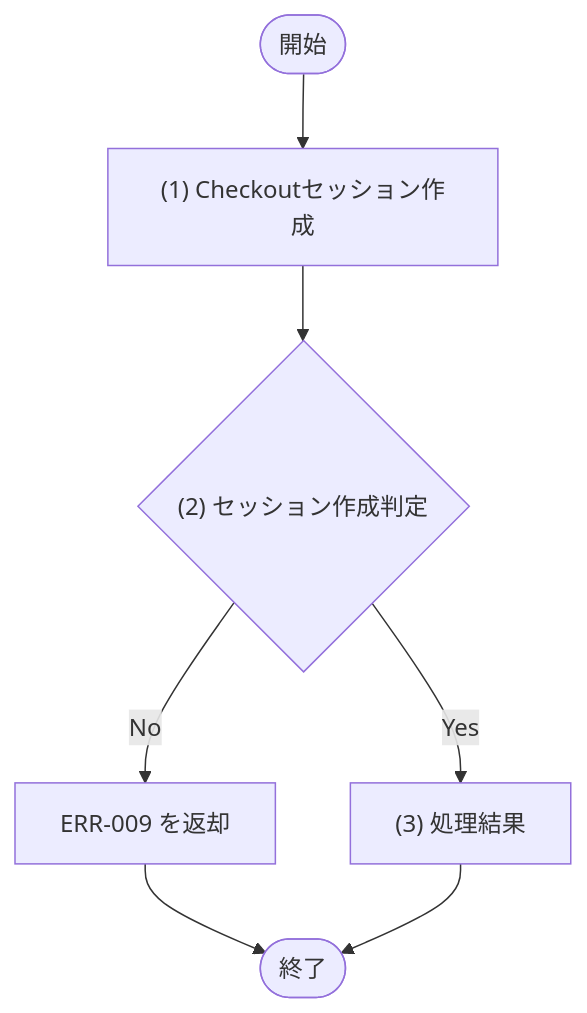
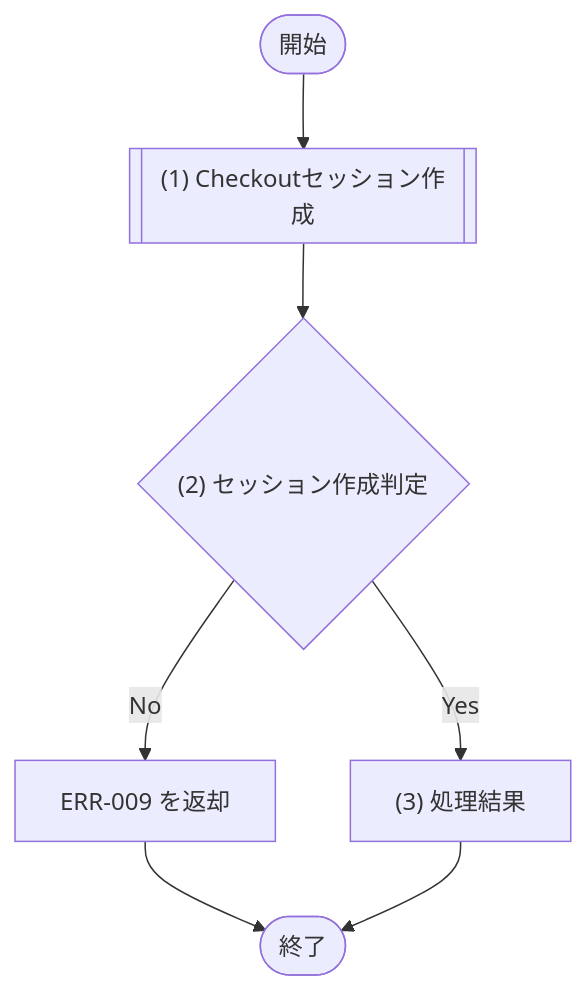
The diagram in docs/03_機能設計/03_API設計/API-010_支払い方法登録セッション作成.md (sikakou54/system-document-template), drawn with Mermaid before and after one commit. The commit also changed 28 other files, not shown here.

````diff
--- a/docs/03_機能設計/03_API設計/API-010_支払い方法登録セッション作成.md
+++ b/docs/03_機能設計/03_API設計/API-010_支払い方法登録セッション作成.md
@@ -37,13 +37,13 @@
 ```mermaid
 flowchart TD
   Start([開始])
-  P1["(1) Checkoutセッション作成"]
+  P1[["(1) Checkoutセッション作成"]]
   D1{"(2) セッション作成判定"}
   E1["ERR-009 を返却"]
   P2["(3) 処理結果"]
   End([終了])
 
   Start --> P1 --> D1
   D1 -- "No" --> E1 --> End
   D1 -- "Yes" --> P2 --> End
 ```
````
